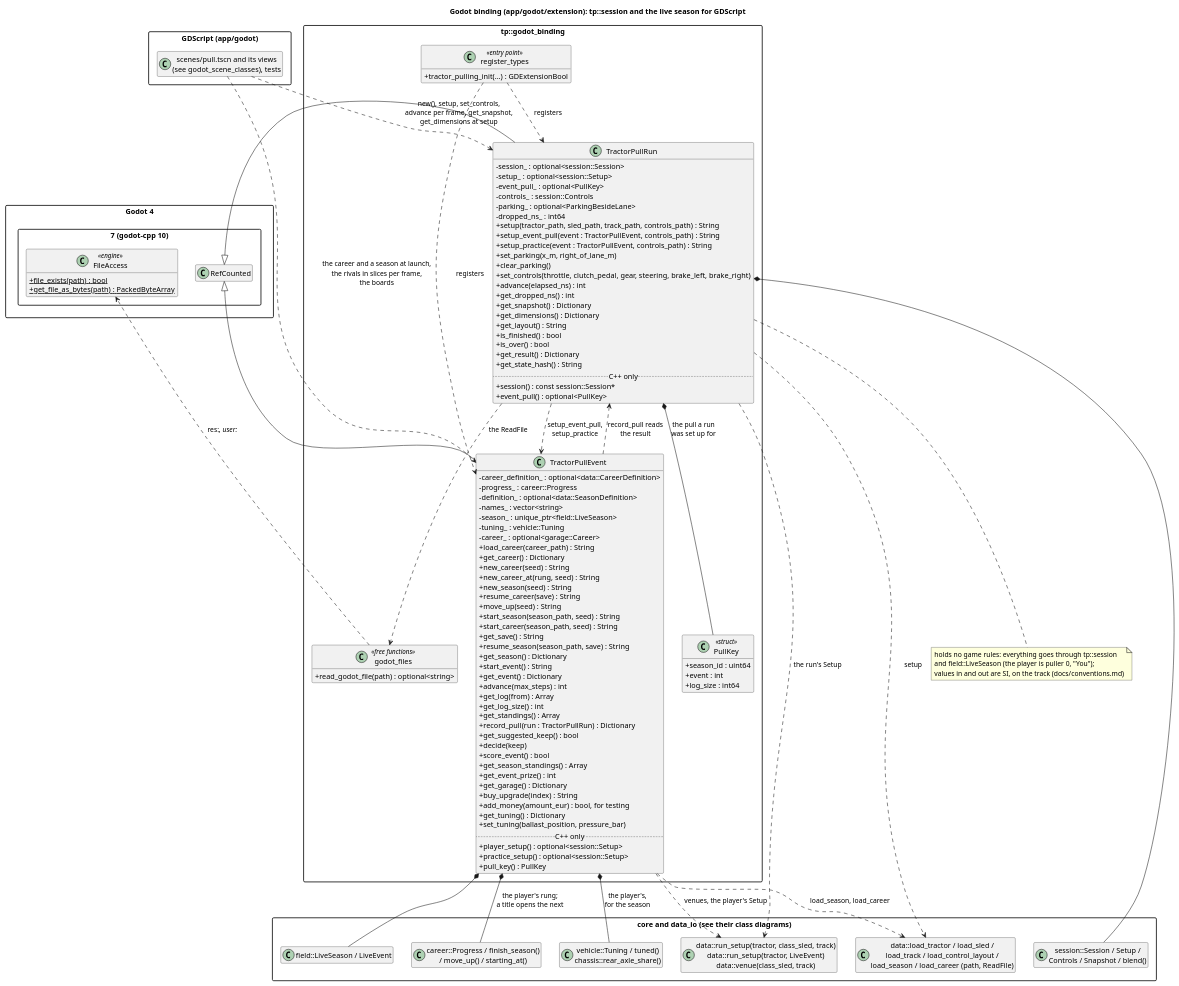
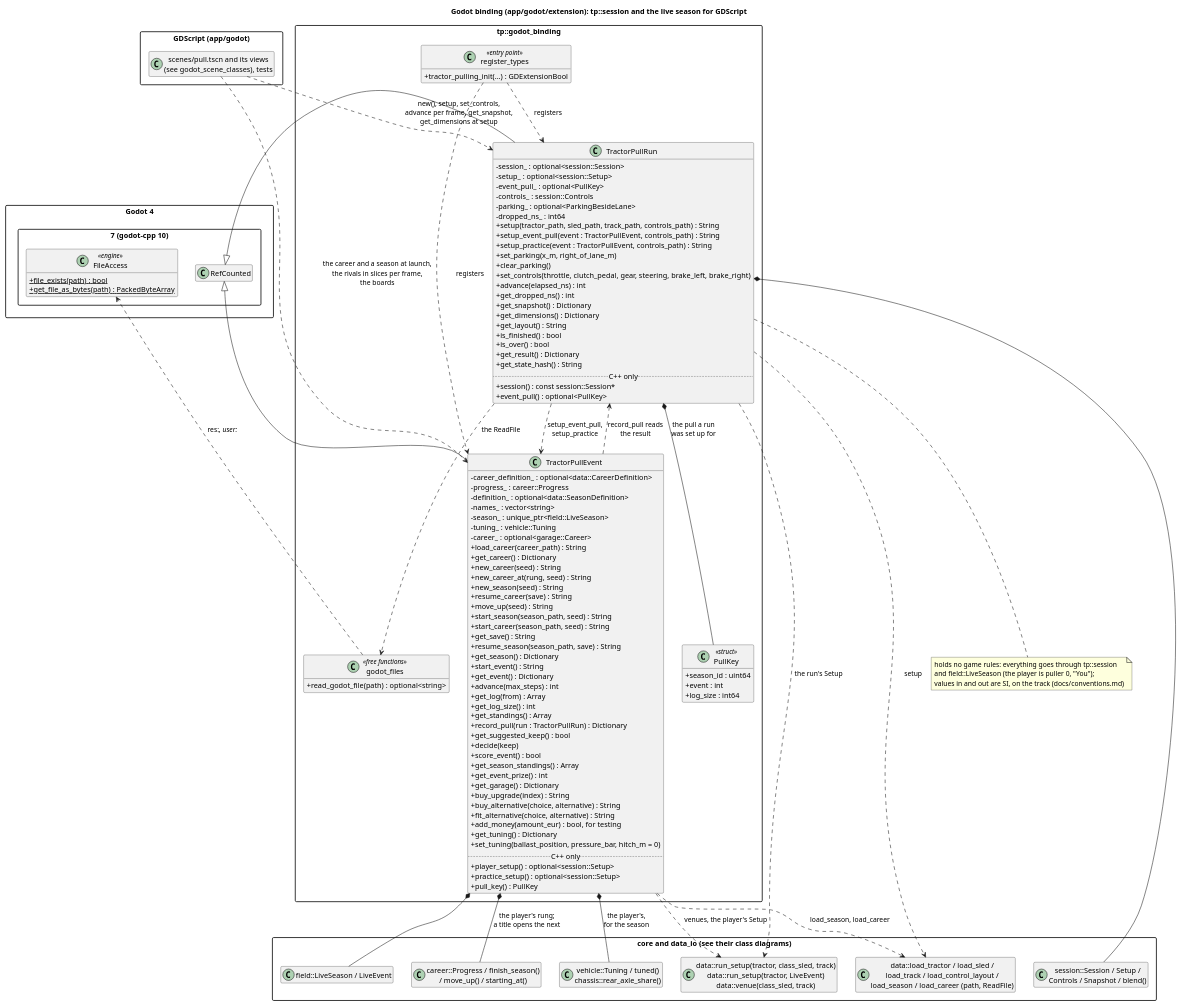
One commit to wversteeg/TractorPulling changed the diagram in docs/diagrams/godot_classes.puml. Above: the diagram before and after it, drawn with PlantUML. The commit also changed 25 other files, not shown here.

First line of the commit message:
Sport 4.5 t, the setup class: a turbo to choose, the hitch set per pull

```diff
--- a/docs/diagrams/godot_classes.puml
+++ b/docs/diagrams/godot_classes.puml
@@ -1,134 +1,136 @@
 @startuml godot_classes
 title Godot binding (app/godot/extension): tp::session and the live season for GDScript
 hide empty members
 skinparam packageStyle rectangle
 skinparam classAttributeIconSize 0
 
 package "Godot 4.7 (godot-cpp 10)" {
   class RefCounted
   class FileAccess <<engine>> {
     +{static} file_exists(path) : bool
     +{static} get_file_as_bytes(path) : PackedByteArray
   }
 }
 
 package "tp::godot_binding" {
   class TractorPullRun {
     -session_ : optional<session::Session>
     -setup_ : optional<session::Setup>
     -event_pull_ : optional<PullKey>
     -controls_ : session::Controls
     -parking_ : optional<ParkingBesideLane>
     -dropped_ns_ : int64
     +setup(tractor_path, sled_path, track_path, controls_path) : String
     +setup_event_pull(event : TractorPullEvent, controls_path) : String
     +setup_practice(event : TractorPullEvent, controls_path) : String
     +set_parking(x_m, right_of_lane_m)
     +clear_parking()
     +set_controls(throttle, clutch_pedal, gear, steering, brake_left, brake_right)
     +advance(elapsed_ns) : int
     +get_dropped_ns() : int
     +get_snapshot() : Dictionary
     +get_dimensions() : Dictionary
     +get_layout() : String
     +is_finished() : bool
     +is_over() : bool
     +get_result() : Dictionary
     +get_state_hash() : String
     ..C++ only..
     +session() : const session::Session*
     +event_pull() : optional<PullKey>
   }
   class TractorPullEvent {
     -career_definition_ : optional<data::CareerDefinition>
     -progress_ : career::Progress
     -definition_ : optional<data::SeasonDefinition>
     -names_ : vector<string>
     -season_ : unique_ptr<field::LiveSeason>
     -tuning_ : vehicle::Tuning
     -career_ : optional<garage::Career>
     +load_career(career_path) : String
     +get_career() : Dictionary
     +new_career(seed) : String
     +new_career_at(rung, seed) : String
     +new_season(seed) : String
     +resume_career(save) : String
     +move_up(seed) : String
     +start_season(season_path, seed) : String
     +start_career(season_path, seed) : String
     +get_save() : String
     +resume_season(season_path, save) : String
     +get_season() : Dictionary
     +start_event() : String
     +get_event() : Dictionary
     +advance(max_steps) : int
     +get_log(from) : Array
     +get_log_size() : int
     +get_standings() : Array
     +record_pull(run : TractorPullRun) : Dictionary
     +get_suggested_keep() : bool
     +decide(keep)
     +score_event() : bool
     +get_season_standings() : Array
     +get_event_prize() : int
     +get_garage() : Dictionary
     +buy_upgrade(index) : String
+    +buy_alternative(choice, alternative) : String
+    +fit_alternative(choice, alternative) : String
     +add_money(amount_eur) : bool, for testing
     +get_tuning() : Dictionary
-    +set_tuning(ballast_position, pressure_bar)
+    +set_tuning(ballast_position, pressure_bar, hitch_m = 0)
     ..C++ only..
     +player_setup() : optional<session::Setup>
     +practice_setup() : optional<session::Setup>
     +pull_key() : PullKey
   }
   class PullKey <<struct>> {
     +season_id : uint64
     +event : int
     +log_size : int64
   }
   TractorPullRun *-- PullKey : the pull a run\nwas set up for
   class "godot_files" as Files <<free functions>> {
     +read_godot_file(path) : optional<string>
   }
   class "register_types" as Register <<entry point>> {
     +tractor_pulling_init(...) : GDExtensionBool
   }
 }
 
 package "core and data_io (see their class diagrams)" {
   class "session::Session / Setup /\nControls / Snapshot / blend()" as Session
   class "data::load_tractor / load_sled /\nload_track / load_control_layout /\nload_season / load_career (path, ReadFile)" as Loaders
   class "data::run_setup(tractor, class_sled, track)\ndata::run_setup(tractor, LiveEvent)\ndata::venue(class_sled, track)" as RunSetup
   class "field::LiveSeason / LiveEvent" as Live
   class "career::Progress / finish_season()\n/ move_up() / starting_at()" as Career
   class "vehicle::Tuning / tuned()\nchassis::rear_axle_share()" as Tuning
 }
 
 package "GDScript (app/godot)" {
   class "scenes/pull.tscn and its views\n(see godot_scene_classes), tests" as Scripts
 }
 
 RefCounted <|-- TractorPullRun
 RefCounted <|-- TractorPullEvent
 Register ..> TractorPullRun : registers
 Register ..> TractorPullEvent : registers
 TractorPullEvent *-- Live
 TractorPullEvent *-- Tuning : the player's,\nfor the season
 TractorPullEvent ..> Loaders : load_season, load_career
 TractorPullEvent *-- Career : the player's rung;\na title opens the next
 TractorPullEvent ..> RunSetup : venues, the player's Setup
 TractorPullRun ..> TractorPullEvent : setup_event_pull,\nsetup_practice
 TractorPullEvent ..> TractorPullRun : record_pull reads\nthe result
 TractorPullRun *-- Session
 TractorPullRun ..> Loaders : setup
 TractorPullRun ..> RunSetup : the run's Setup
 TractorPullRun ..> Files : the ReadFile
 Files ..> FileAccess : res://, user://
 Scripts ..> TractorPullRun : new(), setup, set_controls,\nadvance per frame, get_snapshot,\nget_dimensions at setup
 Scripts ..> TractorPullEvent : the career and a season at launch,\nthe rivals in slices per frame,\nthe boards
 note bottom of TractorPullRun
   holds no game rules: everything goes through tp::session
   and field::LiveSeason (the player is puller 0, "You");
   values in and out are SI, on the track (docs/conventions.md)
 end note
 @enduml
```
